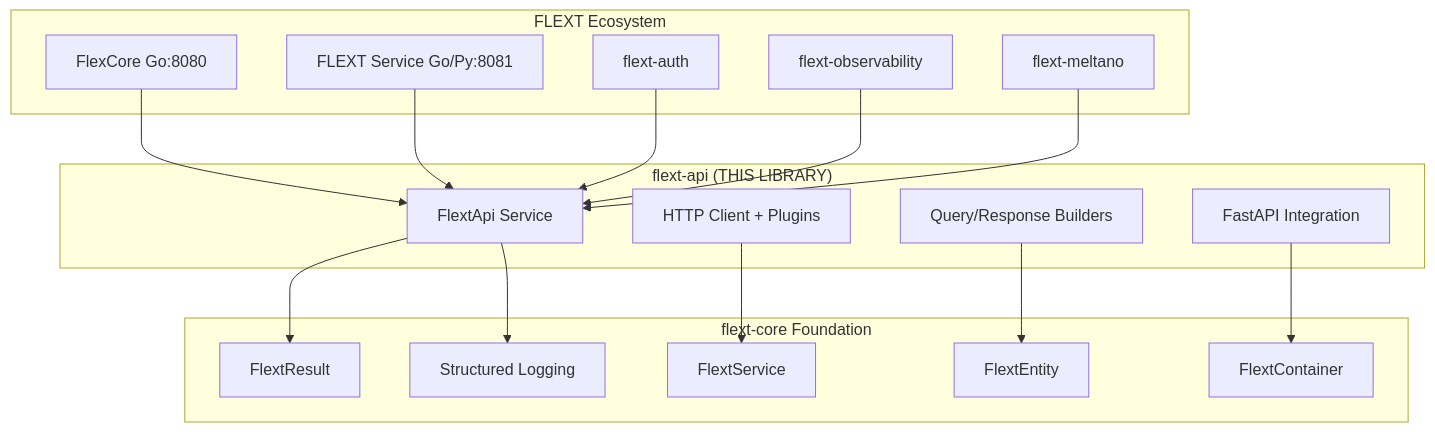
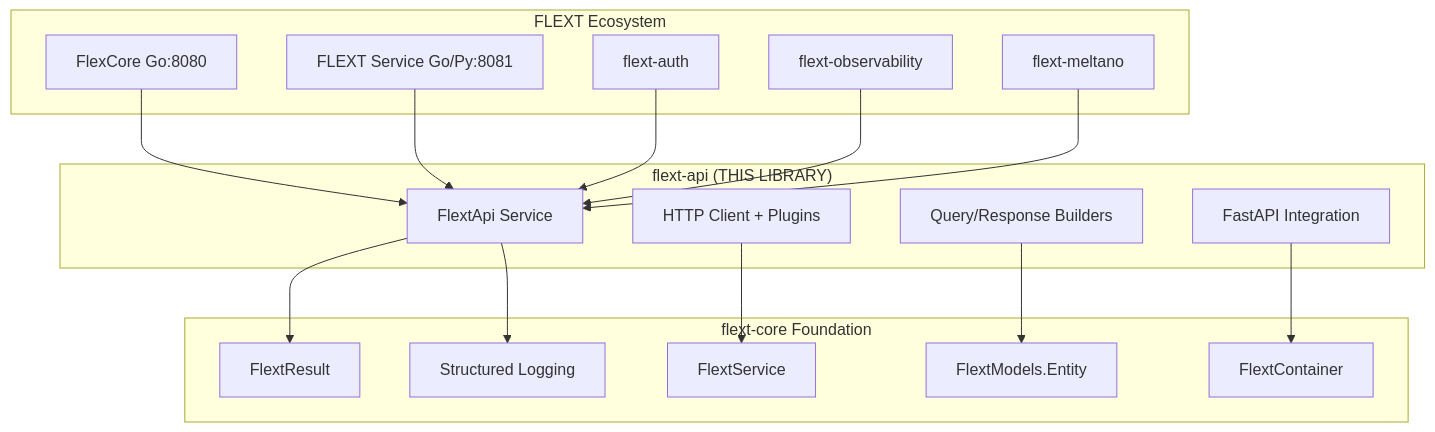
The diagram in docs/architecture.md (flext-sh/flext-api), drawn with Mermaid before and after one commit. The commit also changed other lines of this file and 24 other files, not shown here.

````diff
--- a/docs/architecture.md
+++ b/docs/architecture.md
@@ -15,37 +15,37 @@
 ```mermaid
 graph TB
     subgraph "FLEXT Ecosystem"
         FC[FlexCore Go:8080]
         FS[FLEXT Service Go/Py:8081]
         AUTH[flext-auth]
         OBS[flext-observability]
         MELT[flext-meltano]
     end
 
     subgraph "flext-api (THIS LIBRARY)"
         API[FlextApi Service]
         CLIENT[HTTP Client + Plugins]
         BUILDER[Query/Response Builders]
         APP[FastAPI Integration]
     end
 
     subgraph "flext-core Foundation"
         RESULT[FlextResult<T>]
         SERVICE[FlextService]
-        ENTITY[FlextEntity]
+        ENTITY[FlextModels.Entity]
         CONTAINER[FlextContainer]
         LOG[Structured Logging]
     end
 
     FC --> API
     FS --> API
     AUTH --> API
     OBS --> API
     MELT --> API
 
     API --> RESULT
     CLIENT --> SERVICE
     BUILDER --> ENTITY
     APP --> CONTAINER
     API --> LOG
 ```
````
